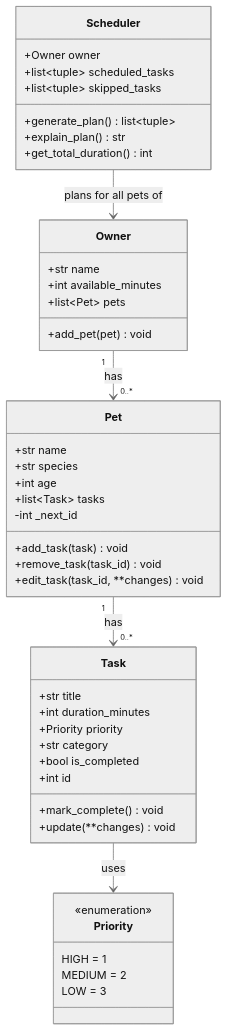
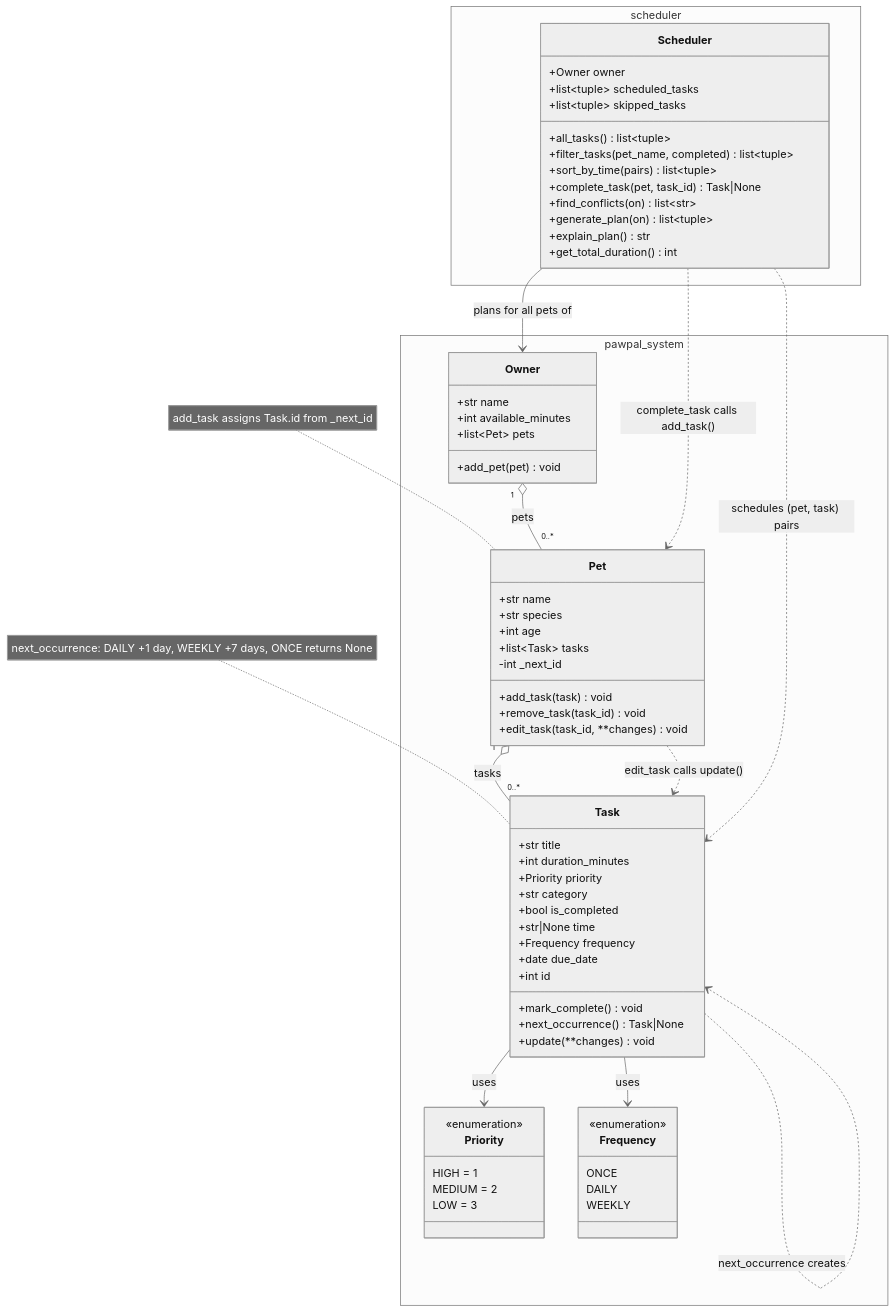
Before and after one commit to heinhtetw37/ai110-module2show-pawpal-starter: the diagram in diagrams/uml.mmd, drawn with Mermaid (neutral theme). The commit also changed 6 other files, not shown here.

```diff
--- a/diagrams/uml.mmd
+++ b/diagrams/uml.mmd
@@ -1,50 +1,78 @@
 classDiagram
-    class Priority {
-        <<enumeration>>
-        HIGH = 1
-        MEDIUM = 2
-        LOW = 3
+    namespace pawpal_system {
+        class Priority {
+            <<enumeration>>
+            HIGH = 1
+            MEDIUM = 2
+            LOW = 3
+        }
+
+        class Frequency {
+            <<enumeration>>
+            ONCE
+            DAILY
+            WEEKLY
+        }
+
+        class Owner {
+            +str name
+            +int available_minutes
+            +list~Pet~ pets
+            +add_pet(pet) void
+        }
+
+        class Pet {
+            +str name
+            +str species
+            +int age
+            +list~Task~ tasks
+            -int _next_id
+            +add_task(task) void
+            +remove_task(task_id) void
+            +edit_task(task_id, **changes) void
+        }
+
+        class Task {
+            +str title
+            +int duration_minutes
+            +Priority priority
+            +str category
+            +bool is_completed
+            +str|None time
+            +Frequency frequency
+            +date due_date
+            +int id
+            +mark_complete() void
+            +next_occurrence() Task|None
+            +update(**changes) void
+        }
     }
 
-    class Owner {
-        +str name
-        +int available_minutes
-        +list~Pet~ pets
-        +add_pet(pet) void
+    namespace scheduler {
+        class Scheduler {
+            +Owner owner
+            +list~tuple~ scheduled_tasks
+            +list~tuple~ skipped_tasks
+            +all_tasks() list~tuple~
+            +filter_tasks(pet_name, completed) list~tuple~
+            +sort_by_time(pairs) list~tuple~
+            +complete_task(pet, task_id) Task|None
+            +find_conflicts(on) list~str~
+            +generate_plan(on) list~tuple~
+            +explain_plan() str
+            +get_total_duration() int
+        }
     }
 
-    class Pet {
-        +str name
-        +str species
-        +int age
-        +list~Task~ tasks
-        -int _next_id
-        +add_task(task) void
-        +remove_task(task_id) void
-        +edit_task(task_id, **changes) void
-    }
+    Owner "1" o-- "0..*" Pet : pets
+    Pet "1" o-- "0..*" Task : tasks
+    Pet ..> Task : edit_task calls update()
+    Task --> Priority : uses
+    Task --> Frequency : uses
+    Task ..> Task : next_occurrence creates
+    Scheduler --> Owner : plans for all pets of
+    Scheduler ..> Pet : complete_task calls add_task()
+    Scheduler ..> Task : schedules (pet, task) pairs
 
-    class Task {
-        +str title
-        +int duration_minutes
-        +Priority priority
-        +str category
-        +bool is_completed
-        +int id
-        +mark_complete() void
-        +update(**changes) void
-    }
-
-    class Scheduler {
-        +Owner owner
-        +list~tuple~ scheduled_tasks
-        +list~tuple~ skipped_tasks
-        +generate_plan() list~tuple~
-        +explain_plan() str
-        +get_total_duration() int
-    }
-
-    Owner "1" --> "0..*" Pet : has
-    Pet "1" --> "0..*" Task : has
-    Task --> Priority : uses
-    Scheduler --> Owner : plans for all pets of
+    note for Pet "add_task assigns Task.id from _next_id"
+    note for Task "next_occurrence: DAILY +1 day, WEEKLY +7 days, ONCE returns None"
```
